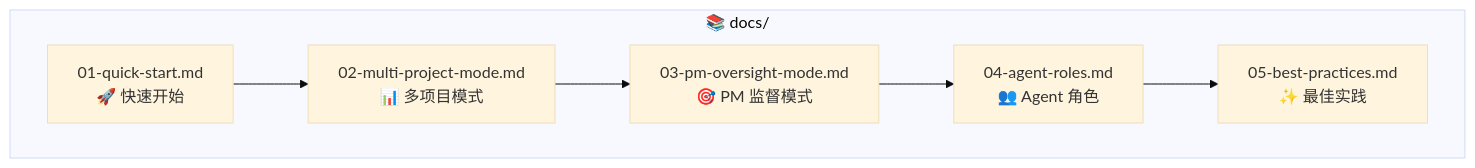
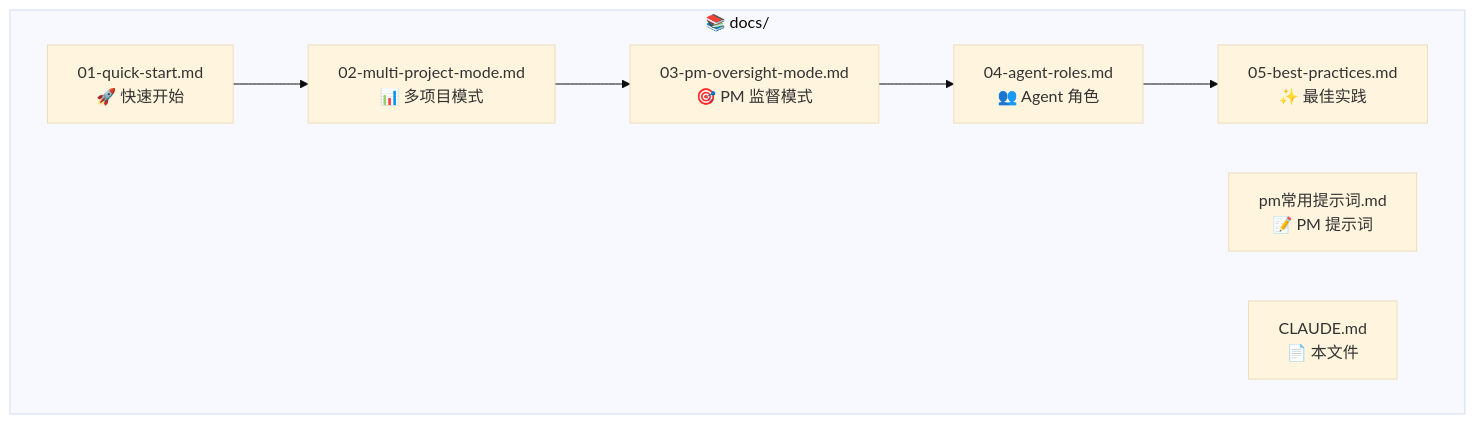
The diagram in docs/CLAUDE.md (coolwoo/Tmux-AI-Team), drawn with Mermaid (base theme) before and after one commit. The commit also changed other lines of this file and 8 other files, not shown here.

````diff
--- a/docs/CLAUDE.md
+++ b/docs/CLAUDE.md
@@ -11,15 +11,17 @@
 ```mermaid
 graph TB
     subgraph Docs["📚 docs/"]
         D01["01-quick-start.md<br/>🚀 快速开始"]
         D02["02-multi-project-mode.md<br/>📊 多项目模式"]
         D03["03-pm-oversight-mode.md<br/>🎯 PM 监督模式"]
         D04["04-agent-roles.md<br/>👥 Agent 角色"]
         D05["05-best-practices.md<br/>✨ 最佳实践"]
+        D_PM["pm常用提示词.md<br/>📝 PM 提示词"]
+        D_CLAUDE["CLAUDE.md<br/>📄 本文件"]
     end
 
     D01 --> D02
     D02 --> D03
     D03 --> D04
     D04 --> D05
 ```
````
